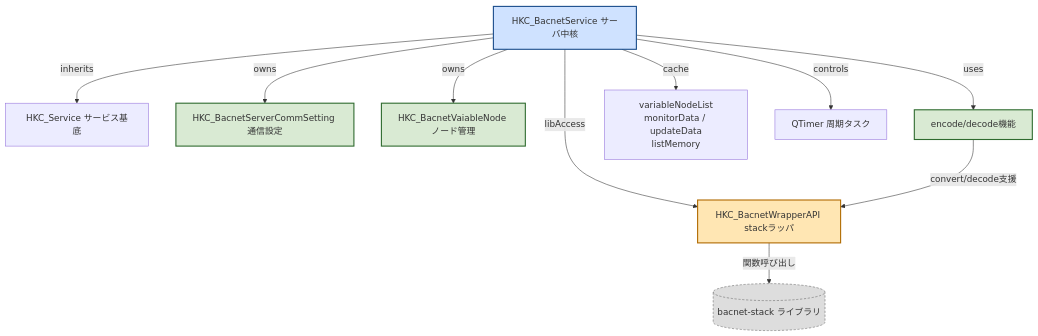
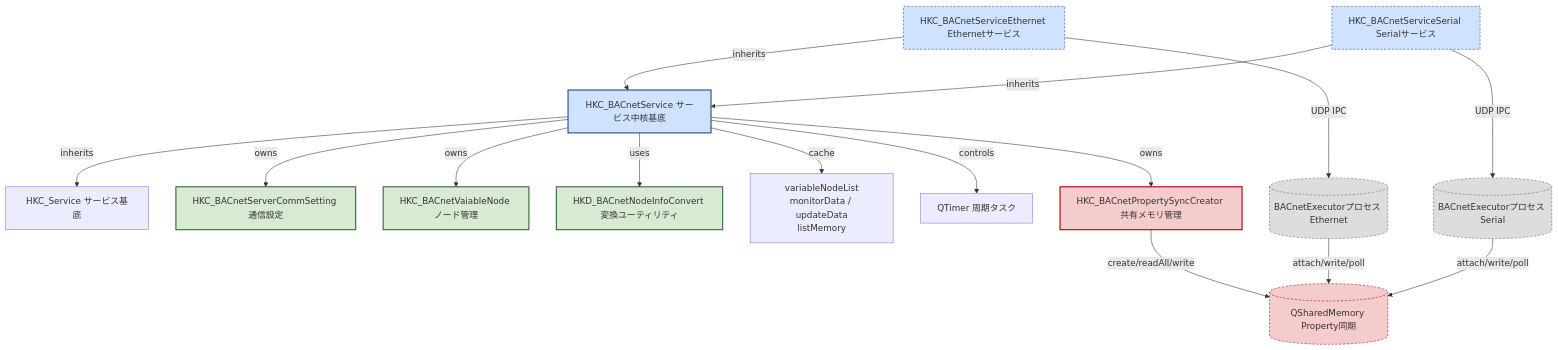
One commit to moto046/markdown-test changed the fifth of 19 diagrams in bacnet.md. Above: the diagram before and after it, drawn with Mermaid. The commit also changed other lines of this file, not shown here.

````diff
--- a/bacnet.md
+++ b/bacnet.md
@@ -264,29 +367,42 @@
 ```mermaid
 graph TD
     Base[HKC_Service サービス基底]
-    Svc[HKC_BacnetService サーバ中核]
-    Comm[HKC_BacnetServerCommSetting 通信設定]
-    Node[HKC_BacnetVaiableNode ノード管理]
-    ConvCls[encode/decode機能]
+    SvcBase[HKC_BACnetService サービス中核基底]
+    SvcEth[HKC_BACnetServiceEthernet Ethernetサービス]
+    SvcSer[HKC_BACnetServiceSerial Serialサービス]
+    Comm[HKC_BACnetServerCommSetting 通信設定]
+    Node[HKC_BACnetVaiableNode ノード管理]
+    ConvCls[HKD_BACnetNodeInfoConvert 変換ユーティリティ]
     Cache[variableNodeList<br/>monitorData / updateData<br/>listMemory]
     Timer[QTimer 周期タスク]
-    Wrapper[HKC_BacnetWrapperAPI stackラッパ]
-    StackLib[(bacnet-stack ライブラリ)]
+    Creator[HKC_BACnetPropertySyncCreator 共有メモリ管理]
+    SharedMem[(QSharedMemory Property同期)]
+    ExecEth[(BACnetExecutorプロセス Ethernet)]
+    ExecSer[(BACnetExecutorプロセス Serial)]
 
-    Svc -->|inherits| Base
-    Svc -->|owns| Comm
-    Svc -->|owns| Node
-    Svc -->|uses| ConvCls
-    Svc -->|cache| Cache
-    Svc -->|controls| Timer
-    Svc -->|libAccess| Wrapper
-    ConvCls -->|convert/decode支援| Wrapper
-    Wrapper -->|関数呼び出し| StackLib
+    SvcBase -->|inherits| Base
+    SvcEth -->|inherits| SvcBase
+    SvcSer -->|inherits| SvcBase
+    SvcBase -->|owns| Comm
+    SvcBase -->|owns| Node
+    SvcBase -->|uses| ConvCls
+    SvcBase -->|cache| Cache
+    SvcBase -->|controls| Timer
+    SvcBase -->|owns| Creator
+    Creator -->|create/readAll/write| SharedMem
+    SvcEth -->|UDP IPC| ExecEth
+    SvcSer -->|UDP IPC| ExecSer
+    ExecEth -->|attach/write/poll| SharedMem
+    ExecSer -->|attach/write/poll| SharedMem
 
-    style Svc fill:#cfe2ff,stroke:#1a4d8c,stroke-width:2px
+    style SvcBase fill:#cfe2ff,stroke:#1a4d8c,stroke-width:2px
+    style SvcEth fill:#cfe2ff,stroke:#1a4d8c,stroke-width:1px,stroke-dasharray:4 3
+    style SvcSer fill:#cfe2ff,stroke:#1a4d8c,stroke-width:1px,stroke-dasharray:4 3
     style Comm fill:#d9ead3,stroke:#2f6b2f,stroke-width:2px
     style Node fill:#d9ead3,stroke:#2f6b2f,stroke-width:2px
     style ConvCls fill:#d9ead3,stroke:#2f6b2f,stroke-width:2px
-    style Wrapper fill:#ffe6b3,stroke:#b06a00,stroke-width:2px
-    style StackLib fill:#dddddd,stroke:#666,stroke-dasharray:4 3
+    style Creator fill:#f4cccc,stroke:#a00,stroke-width:2px
+    style SharedMem fill:#f4cccc,stroke:#a00,stroke-dasharray:4 3
+    style ExecEth fill:#dddddd,stroke:#666,stroke-dasharray:4 3
+    style ExecSer fill:#dddddd,stroke:#666,stroke-dasharray:4 3
 ```
````
